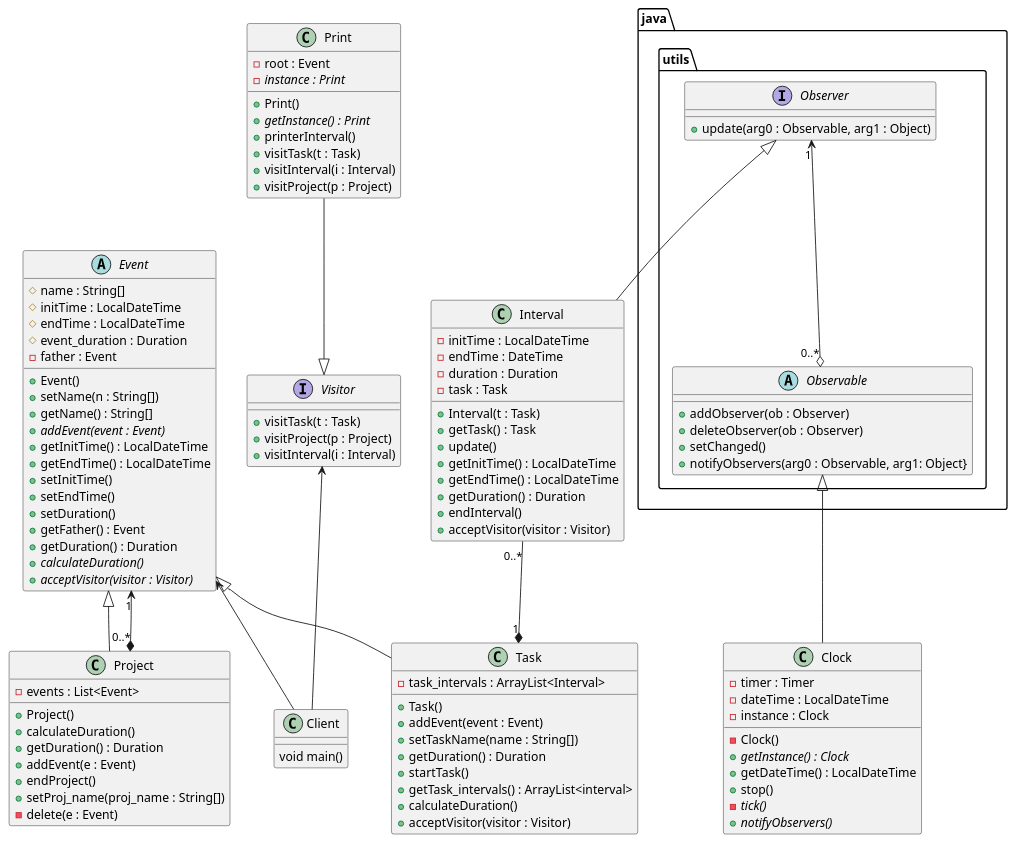
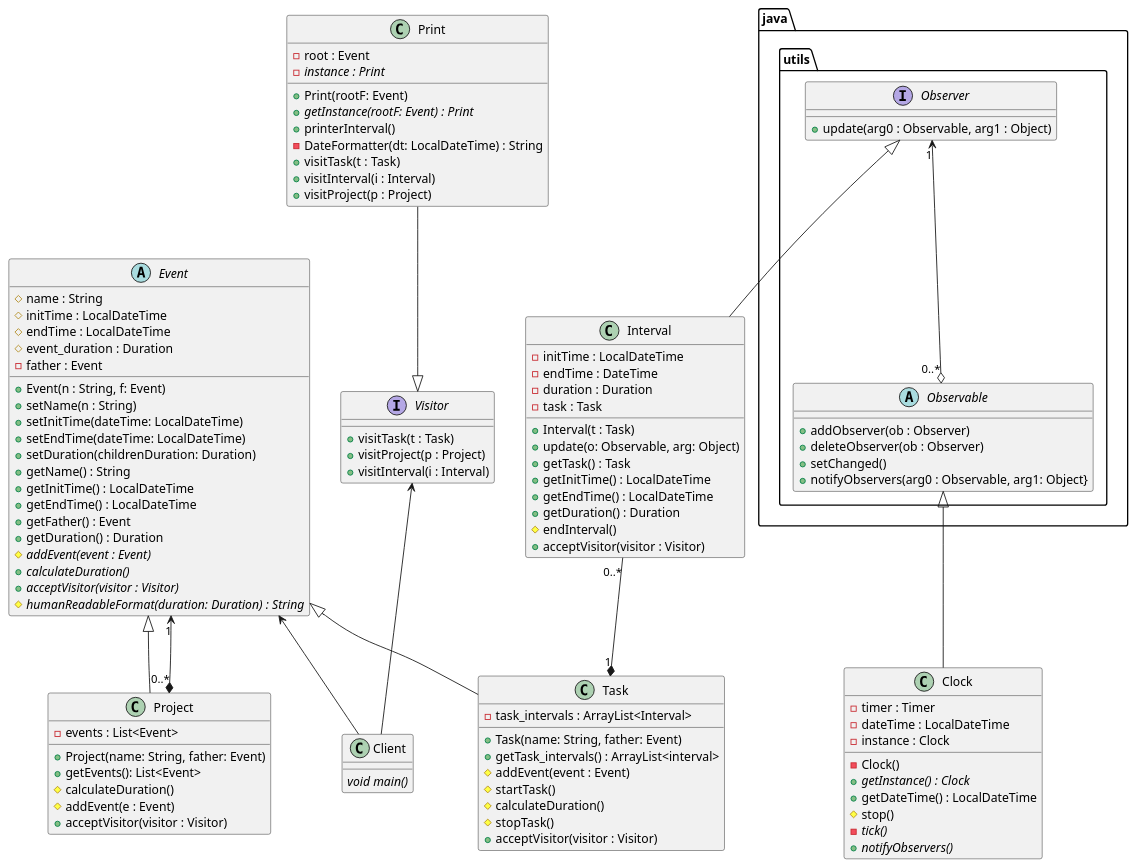
Before and after one commit to guillem-martinez/DS-Projecte: the diagram in Class_diag.puml, drawn with PlantUML. The commit also changed 5 other files, not shown here.

```diff
--- a/Class_diag.puml
+++ b/Class_diag.puml
@@ -1,124 +1,122 @@
 @startuml
 'https://plantuml.com/class-diagram
 
 
 class Project{
 - events : List<Event>
-+ Project()
-+ calculateDuration()
-+ getDuration() : Duration
-+ addEvent(e : Event)
-+ endProject()
-+ setProj_name(proj_name : String[])
-- delete(e : Event)
++ Project(name: String, father: Event)
++ getEvents(): List<Event>
+# calculateDuration()
+# addEvent(e : Event)
++ acceptVisitor(visitor : Visitor)
 }
 
 class Task{
 - task_intervals : ArrayList<Interval>
-+ Task()
-+ addEvent(event : Event)
-+ setTaskName(name : String[])
-+ getDuration() : Duration
-+ startTask()
++ Task(name: String, father: Event)
 + getTask_intervals() : ArrayList<interval>
-+ calculateDuration()
+# addEvent(event : Event)
+# startTask()
+# calculateDuration()
+# stopTask()
 + acceptVisitor(visitor : Visitor)
 }
 
 abstract Event{
-# name : String[]
+# name : String
 # initTime : LocalDateTime
 # endTime : LocalDateTime
 # event_duration : Duration
 - father : Event
-+ Event()
-+ setName(n : String[])
-+ getName() : String[]
-+ //addEvent(event : Event)//
++ Event(n : String, f: Event)
++ setName(n : String)
++ setInitTime(dateTime: LocalDateTime)
++ setEndTime(dateTime: LocalDateTime)
++ setDuration(childrenDuration: Duration)
++ getName() : String
 + getInitTime() : LocalDateTime
 + getEndTime() : LocalDateTime
-+ setInitTime()
-+ setEndTime()
-+ setDuration()
 + getFather() : Event
 + getDuration() : Duration
+# //addEvent(event : Event)//
 + //calculateDuration()//
 + //acceptVisitor(visitor : Visitor)//
+# //humanReadableFormat(duration: Duration) : String//
 }
 
 class Clock{
 - timer : Timer
 - dateTime : LocalDateTime
 - instance : Clock
 - Clock()
 + //getInstance() : Clock//
 + getDateTime() : LocalDateTime
-+ stop()
+# stop()
 - //tick()//
 + //notifyObservers()//
 }
 
 class Interval{
 - initTime : LocalDateTime
 - endTime : DateTime
 - duration : Duration /'cada golpe de reloj incremento'/
 - task : Task
 + Interval(t : Task)
++ update(o: Observable, arg: Object)
 + getTask() : Task
-+ update()
 + getInitTime() : LocalDateTime
 + getEndTime() : LocalDateTime
 + getDuration() : Duration
-+ endInterval()
+# endInterval()
 + acceptVisitor(visitor : Visitor)
 }
 
 interface Visitor{
 + visitTask(t : Task)
 + visitProject(p : Project)
 + visitInterval(i : Interval)
 }
 
 class Print{
 - root : Event
 - //instance : Print//
-+ Print()
-+ //getInstance() : Print//
++ Print(rootF: Event)
++ //getInstance(rootF: Event) : Print//
 + printerInterval()
+- DateFormatter(dt: LocalDateTime) : String
 + visitTask(t : Task)
 + visitInterval(i : Interval)
 + visitProject(p : Project)
 }
 
 package "java.utils"{
 interface Observer{
 + update(arg0 : Observable, arg1 : Object)
 }
 
 abstract Observable{
 + addObserver(ob : Observer)
 + deleteObserver(ob : Observer)
 + setChanged()
 + notifyObservers(arg0 : Observable, arg1: Object}
 }
 }
 
 class Client{
-void main()
+//void main()//
 }
 
 Event <|-- Task
 Event <|-- Project
-
 Event "1" <--* "0..*" Project
 Observable <|-- Clock
 Observer <|-- Interval
 Observer "1" <--o "0..*" Observable
 Interval "0..*" --*  "1" Task
 Event <-- Client
 Visitor <-- Client
 Print --|> Visitor
 
 
 
 @enduml
```
